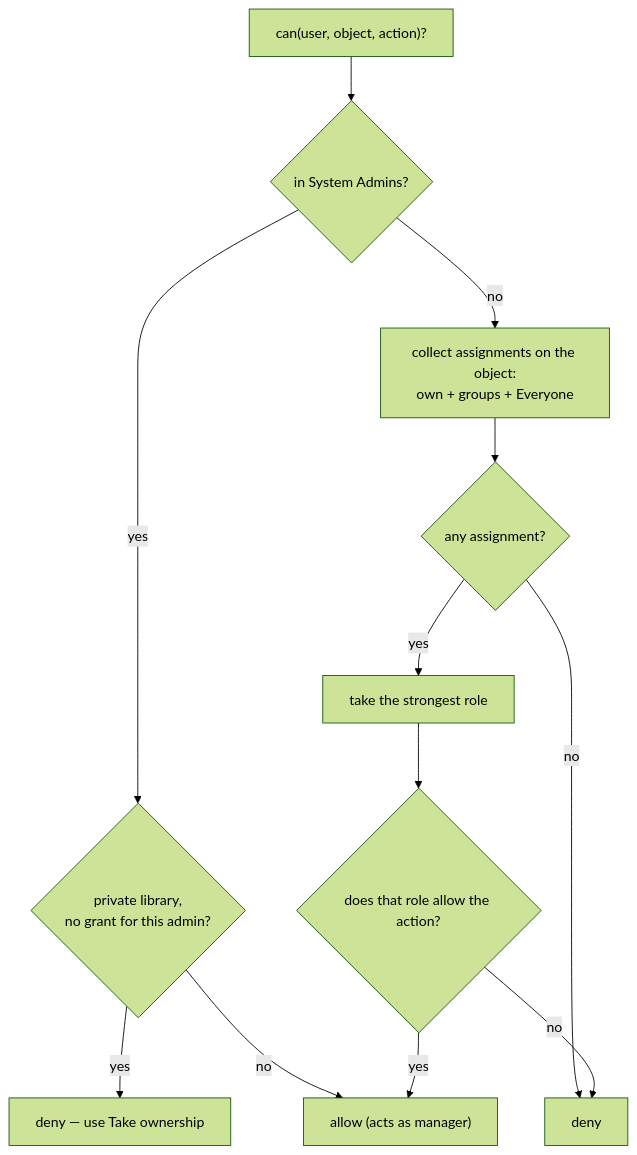
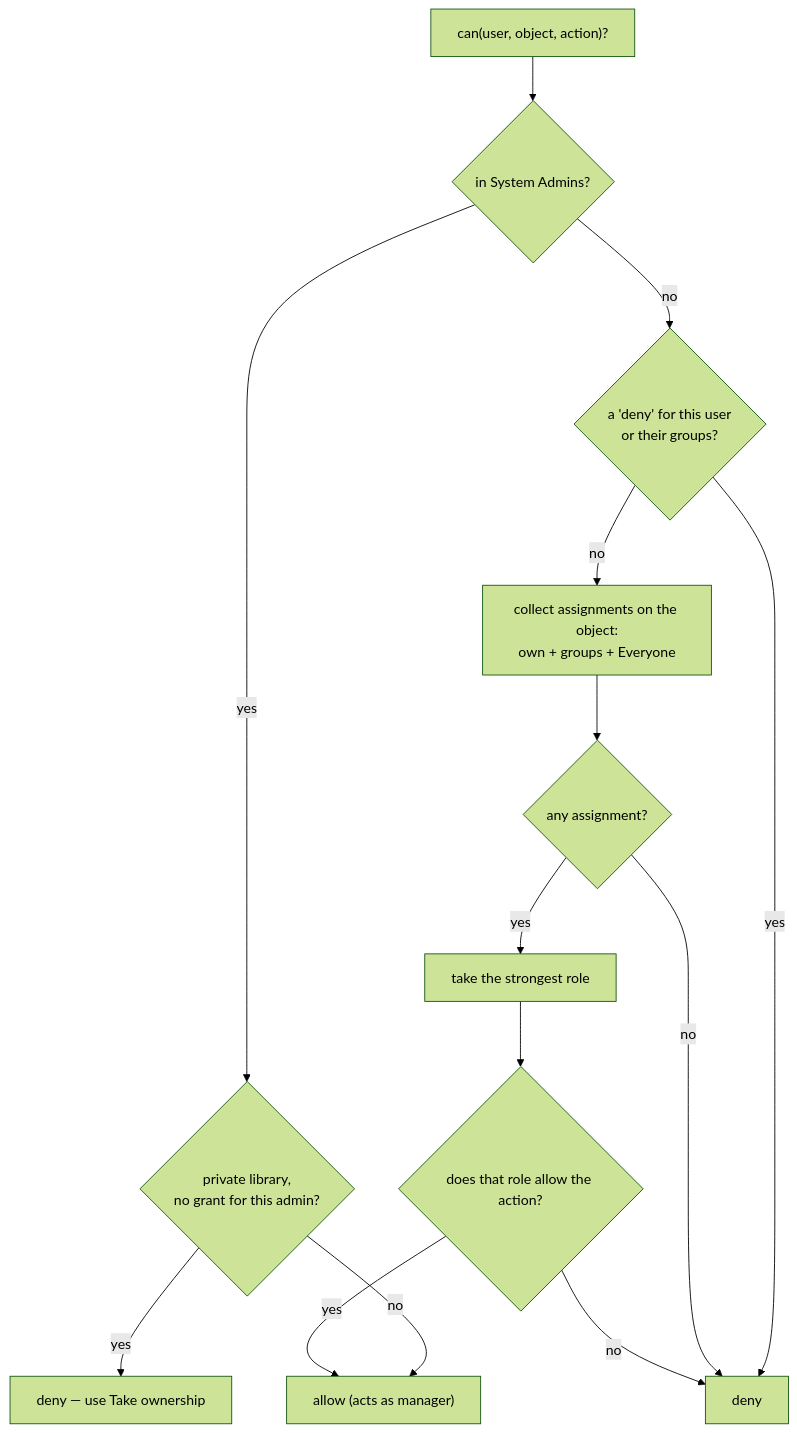
Before and after one commit to isputnikdotnet/isputnik.home: the first of 2 diagrams in Documents/permissions.md, drawn with Mermaid (forest theme). The commit also changed other lines of this file, not shown here.

````diff
--- a/Documents/permissions.md
+++ b/Documents/permissions.md
@@ -114,14 +139,16 @@
 ```mermaid
 flowchart TD
     Start["can(user, object, action)?"] --> Admin{"in System Admins?"}
     Admin -- yes --> Priv{"private library,<br/>no grant for this admin?"}
     Priv -- yes --> DenyA["deny — use Take ownership"]
     Priv -- no --> Allow["allow (acts as manager)"]
-    Admin -- no --> Gather["collect assignments on the object:<br/>own + groups + Everyone"]
+    Admin -- no --> DenyChk{"a 'deny' for this user<br/>or their groups?"}
+    DenyChk -- yes --> Deny["deny"]
+    DenyChk -- no --> Gather["collect assignments on the object:<br/>own + groups + Everyone"]
     Gather --> Has{"any assignment?"}
-    Has -- no --> Deny["deny"]
+    Has -- no --> Deny
     Has -- yes --> Strong["take the strongest role"]
     Strong --> Map{"does that role allow the action?"}
     Map -- yes --> Allow
     Map -- no --> Deny
 ```
````
